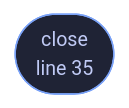
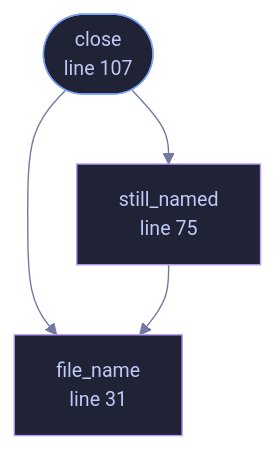
Before and after one commit to tilas01/veilvoice: the diagram in docs/files/veilvoice-failsafe/act.md, drawn with Mermaid. The commit also changed other lines of this file and 23 other files, not shown here.

````diff
--- a/docs/files/veilvoice-failsafe/act.md
+++ b/docs/files/veilvoice-failsafe/act.md
@@ -76,8 +77,19 @@
 ```mermaid
 %%{init: {"theme":"base","themeVariables":{"background":"#1a1b26","primaryColor":"#1f2335","primaryTextColor":"#c0caf5","primaryBorderColor":"#7aa2f7","secondaryColor":"#16161e","tertiaryColor":"#16161e","lineColor":"#737aa2","textColor":"#c0caf5","mainBkg":"#1f2335","nodeBorder":"#7aa2f7","clusterBkg":"#16161e","clusterBorder":"#2f3549","fontFamily":"ui-monospace, SFMono-Regular, Consolas, monospace","fontSize":"14px"}}}%%
 flowchart TD
-    n_close(["close<br/>line 35"])
-    click n_close href "https://github.com/tilas01/veilvoice/blob/main/crates/veilvoice-failsafe/src/act.rs#L35" "open the source"
+    n_file_name["file_name<br/>line 31"]
+    n_still_named["still_named<br/>line 51"]
+    n_still_named["still_named<br/>line 75"]
+    n_close(["close<br/>line 107"])
+    n_close --> n_file_name
+    n_close --> n_still_named
+    n_still_named --> n_file_name
+    click n_file_name href "https://github.com/tilas01/veilvoice/blob/main/crates/veilvoice-failsafe/src/act.rs#L31" "open the source"
+    click n_still_named href "https://github.com/tilas01/veilvoice/blob/main/crates/veilvoice-failsafe/src/act.rs#L51" "open the source"
+    click n_still_named href "https://github.com/tilas01/veilvoice/blob/main/crates/veilvoice-failsafe/src/act.rs#L75" "open the source"
+    click n_close href "https://github.com/tilas01/veilvoice/blob/main/crates/veilvoice-failsafe/src/act.rs#L107" "open the source"
     classDef entry fill:#1f2335,stroke:#7aa2f7,color:#c0caf5
     class n_close entry
+    classDef helper fill:#1f2335,stroke:#bb9af7,color:#c0caf5
+    class n_file_name,n_still_named,n_still_named helper
 ```
````
